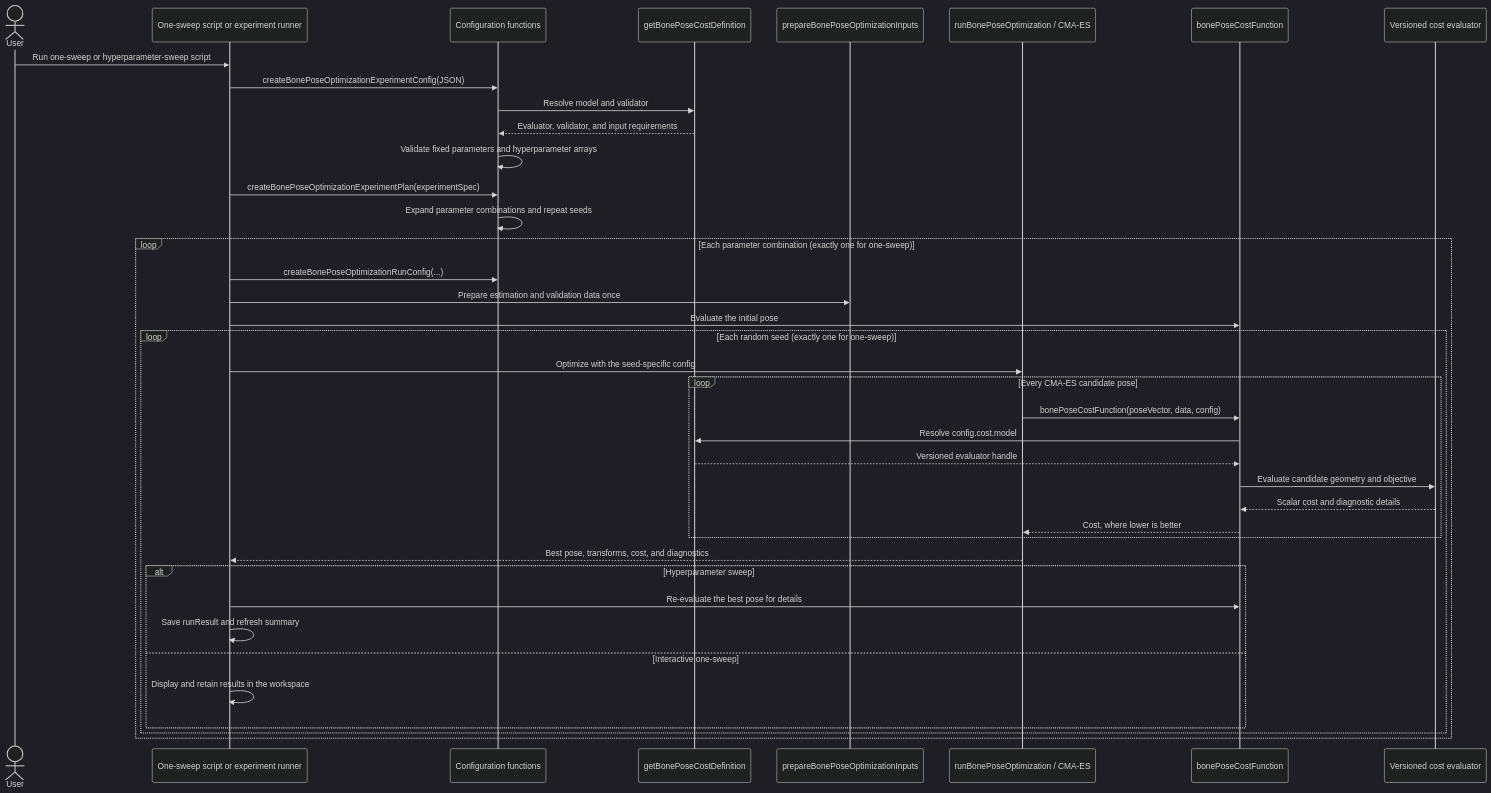
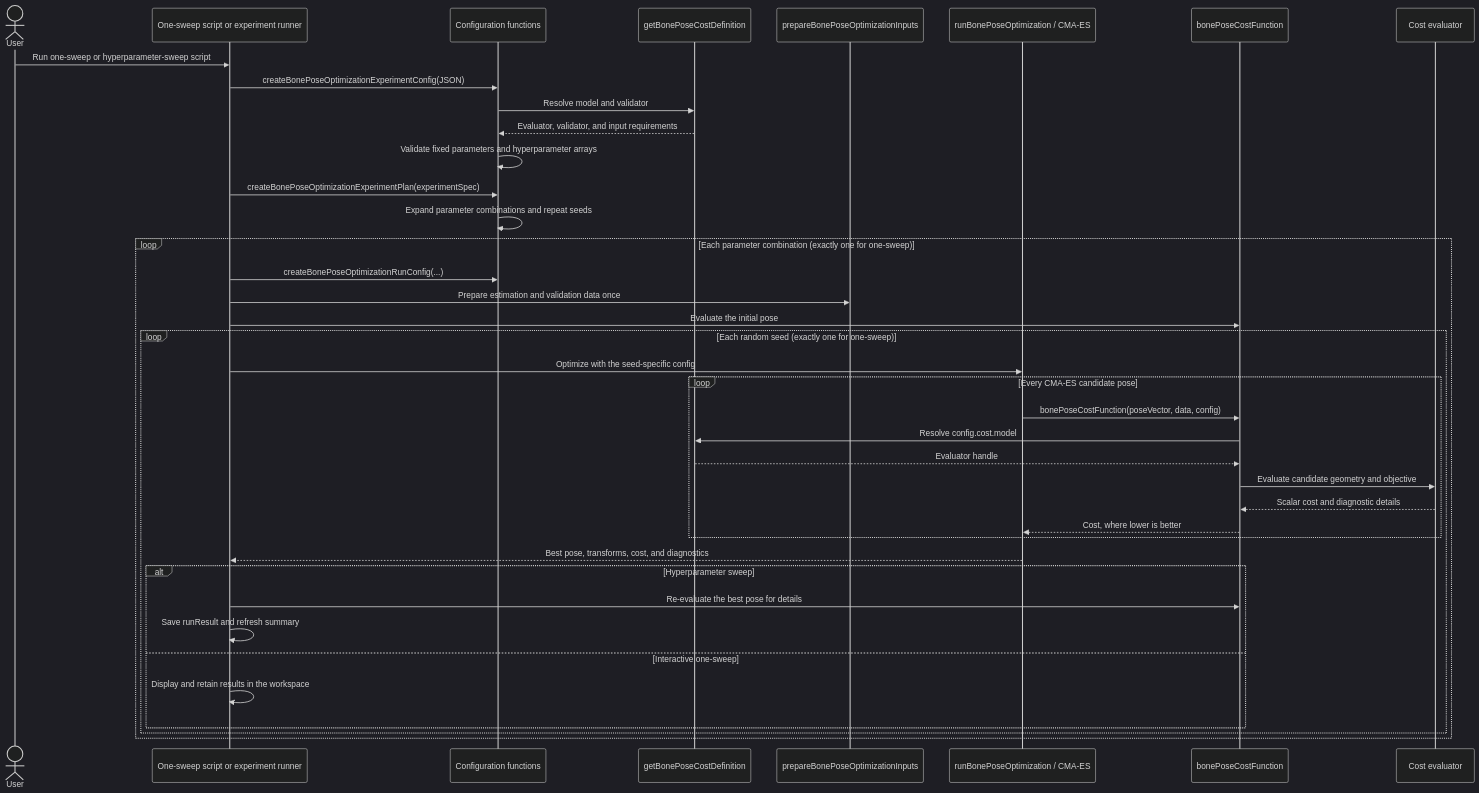
The diagram in README.md (dacvm/UltrasoundBased2D3DBonePoseEstimation), drawn with Mermaid (dark theme) before and after one commit. The commit also changed other lines of this file and 34 other files, not shown here.

First line of the commit message:
Drop version suffixes from cost-model names

````diff
--- a/README.md
+++ b/README.md
@@ -464,43 +464,43 @@
 ```mermaid
 sequenceDiagram
     actor User
     participant Runner as One-sweep script or experiment runner
     participant Config as Configuration functions
     participant Registry as getBonePoseCostDefinition
     participant Inputs as prepareBonePoseOptimizationInputs
     participant Optimizer as runBonePoseOptimization / CMA-ES
     participant Dispatcher as bonePoseCostFunction
-    participant Model as Versioned cost evaluator
+    participant Model as Cost evaluator
 
     User->>Runner: Run one-sweep or hyperparameter-sweep script
     Runner->>Config: createBonePoseOptimizationExperimentConfig(JSON)
     Config->>Registry: Resolve model and validator
     Registry-->>Config: Evaluator, validator, and input requirements
     Config->>Config: Validate fixed parameters and hyperparameter arrays
     Runner->>Config: createBonePoseOptimizationExperimentPlan(experimentSpec)
     Config->>Config: Expand parameter combinations and repeat seeds
 
     loop Each parameter combination (exactly one for one-sweep)
         Runner->>Config: createBonePoseOptimizationRunConfig(...)
         Runner->>Inputs: Prepare estimation and validation data once
         Runner->>Dispatcher: Evaluate the initial pose
         loop Each random seed (exactly one for one-sweep)
             Runner->>Optimizer: Optimize with the seed-specific config
             loop Every CMA-ES candidate pose
                 Optimizer->>Dispatcher: bonePoseCostFunction(poseVector, data, config)
                 Dispatcher->>Registry: Resolve config.cost.model
-                Registry-->>Dispatcher: Versioned evaluator handle
+                Registry-->>Dispatcher: Evaluator handle
                 Dispatcher->>Model: Evaluate candidate geometry and objective
                 Model-->>Dispatcher: Scalar cost and diagnostic details
                 Dispatcher-->>Optimizer: Cost, where lower is better
             end
             Optimizer-->>Runner: Best pose, transforms, cost, and diagnostics
             alt Hyperparameter sweep
                 Runner->>Dispatcher: Re-evaluate the best pose for details
                 Runner->>Runner: Save runResult and refresh summary
             else Interactive one-sweep
                 Runner->>Runner: Display and retain results in the workspace
             end
         end
     end
 ```
````
